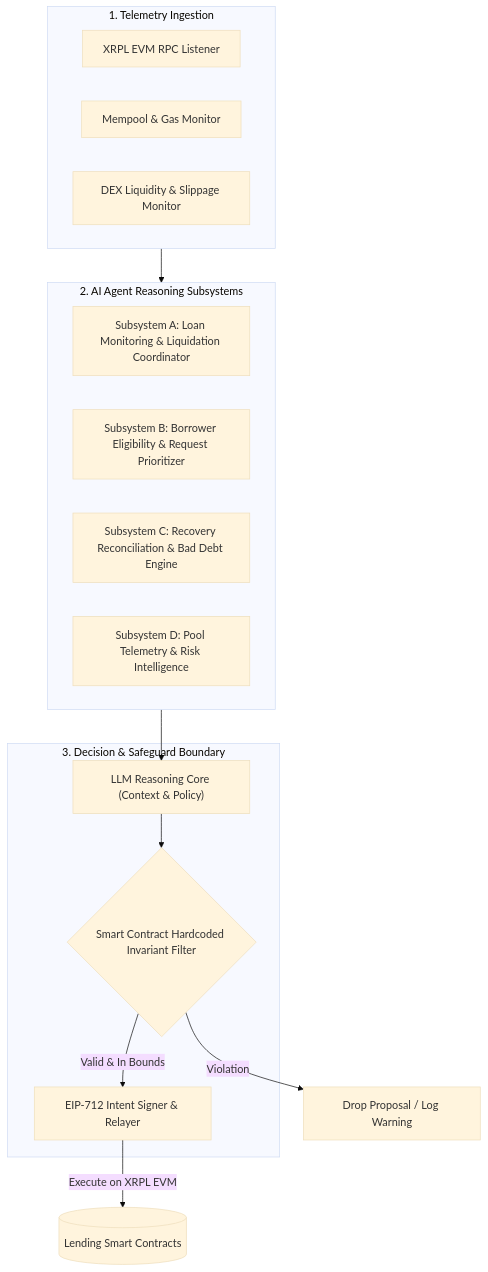
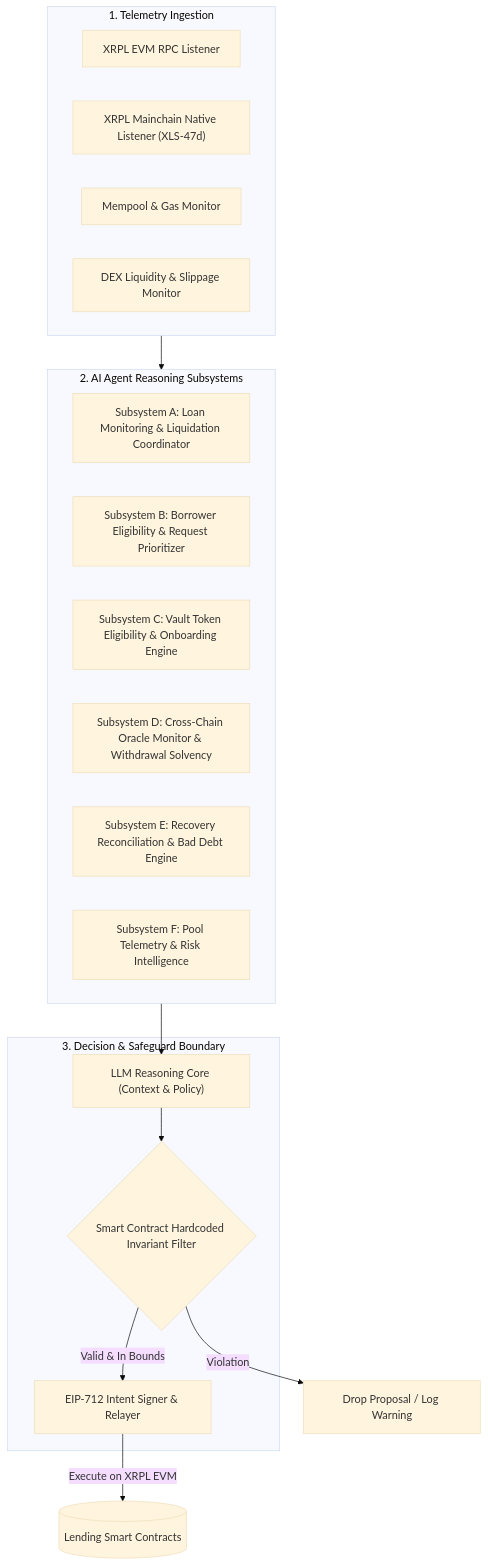
Before and after one commit to jimstir/xrpl-smart-lending: the fourth of 9 diagrams in docs/technical-architecture.md, drawn with Mermaid (base theme). The commit also changed other lines of this file and 2 other files, not shown here.

````diff
--- a/docs/technical-architecture.md
+++ b/docs/technical-architecture.md
@@ -210,28 +225,31 @@
 ```mermaid
 flowchart TB
     subgraph DataIngestion ["1. Telemetry Ingestion"]
         RPCWatcher["XRPL EVM RPC Listener"]
+        XRPLWatcher["XRPL Mainchain Native Listener (XLS-47d)"]
         MempoolWatcher["Mempool & Gas Monitor"]
         MarketDepth["DEX Liquidity & Slippage Monitor"]
     end
 
     subgraph AgentModules ["2. AI Agent Reasoning Subsystems"]
         Sub1["Subsystem A: Loan Monitoring & Liquidation Coordinator"]
         Sub2["Subsystem B: Borrower Eligibility & Request Prioritizer"]
-        Sub3["Subsystem C: Recovery Reconciliation & Bad Debt Engine"]
-        Sub4["Subsystem D: Pool Telemetry & Risk Intelligence"]
+        Sub3["Subsystem C: Vault Token Eligibility & Onboarding Engine"]
+        Sub4["Subsystem D: Cross-Chain Oracle Monitor & Withdrawal Solvency"]
+        Sub5["Subsystem E: Recovery Reconciliation & Bad Debt Engine"]
+        Sub6["Subsystem F: Pool Telemetry & Risk Intelligence"]
     end
 
     subgraph DecisionEngine ["3. Decision & Safeguard Boundary"]
         LLMReasoning["LLM Reasoning Core (Context & Policy)"]
         HardcodedRules{"Smart Contract Hardcoded Invariant Filter"}
         EIP712Relayer["EIP-712 Intent Signer & Relayer"]
     end
 
     DataIngestion --> AgentModules
     AgentModules --> LLMReasoning
     LLMReasoning --> HardcodedRules
     HardcodedRules -->|Valid & In Bounds| EIP712Relayer
     HardcodedRules -->|Violation| AbortAction["Drop Proposal / Log Warning"]
     EIP712Relayer -->|Execute on XRPL EVM| SmartContracts[(Lending Smart Contracts)]
 ```
````
